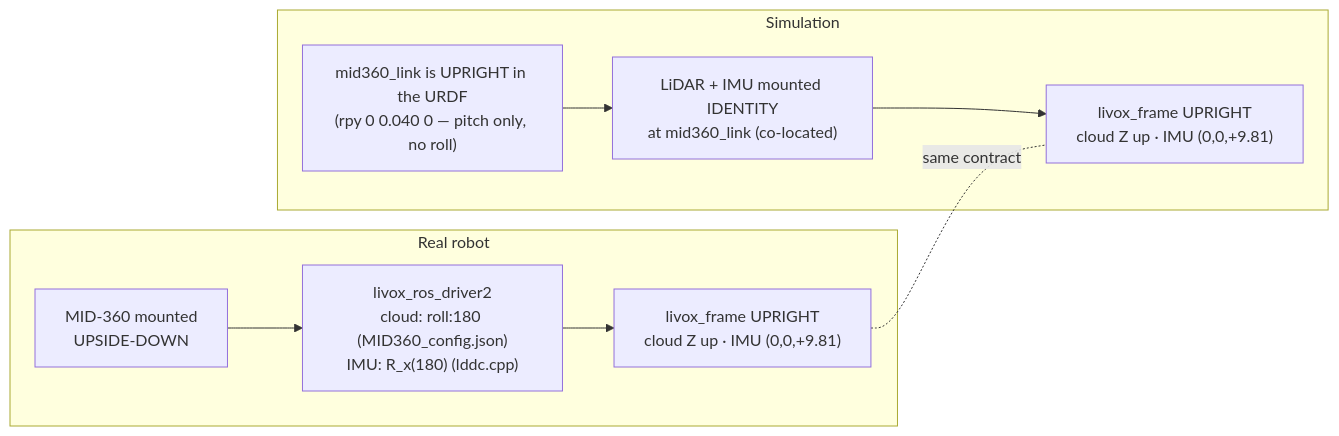
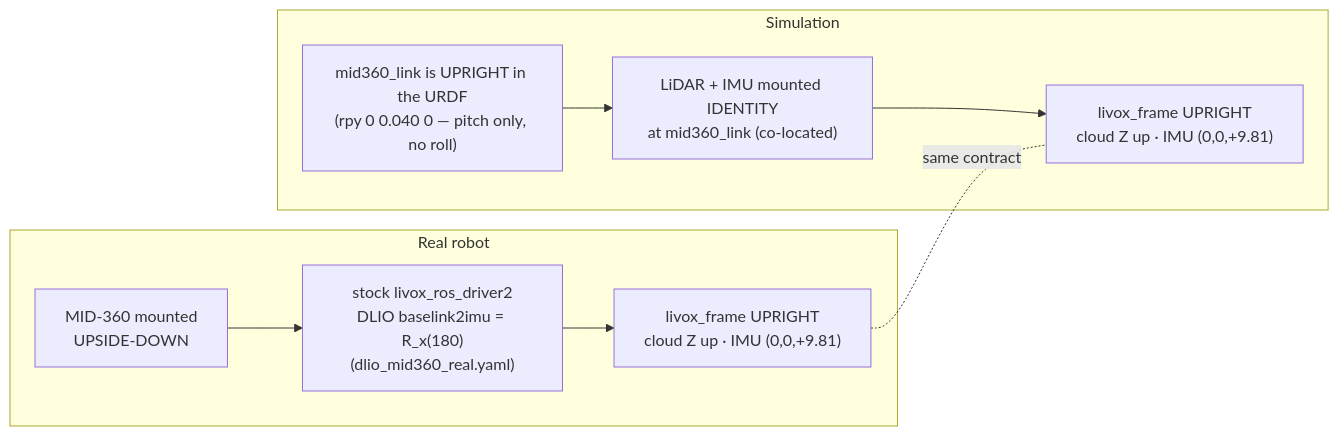
Before and after one commit to talos-robotics-ai/Navigation: the second of 2 diagrams in sim/README.md, drawn with Mermaid. The commit also changed other lines of this file and 124 other files, not shown here.

````diff
--- a/sim/README.md
+++ b/sim/README.md
@@ -168,16 +174,16 @@
 ```mermaid
 flowchart LR
     subgraph REAL["Real robot"]
         rphys["MID-360 mounted<br/>UPSIDE-DOWN"]
-        rdrv["livox_ros_driver2<br/>cloud: roll:180 (MID360_config.json)<br/>IMU: R_x(180) (lddc.cpp)"]
+        rdrv["stock livox_ros_driver2<br/>DLIO baselink2imu = R_x(180)<br/>(dlio_mid360_real.yaml)"]
         rup["livox_frame UPRIGHT<br/>cloud Z up · IMU (0,0,+9.81)"]
         rphys --> rdrv --> rup
     end
     subgraph SIM["Simulation"]
         smnt["mid360_link is UPRIGHT in the URDF<br/>(rpy 0 0.040 0 — pitch only, no roll)"]
         ssen["LiDAR + IMU mounted IDENTITY<br/>at mid360_link (co-located)"]
         sup["livox_frame UPRIGHT<br/>cloud Z up · IMU (0,0,+9.81)"]
         smnt --> ssen --> sup
     end
     rup -. "same contract" .- sup
 ```
````
